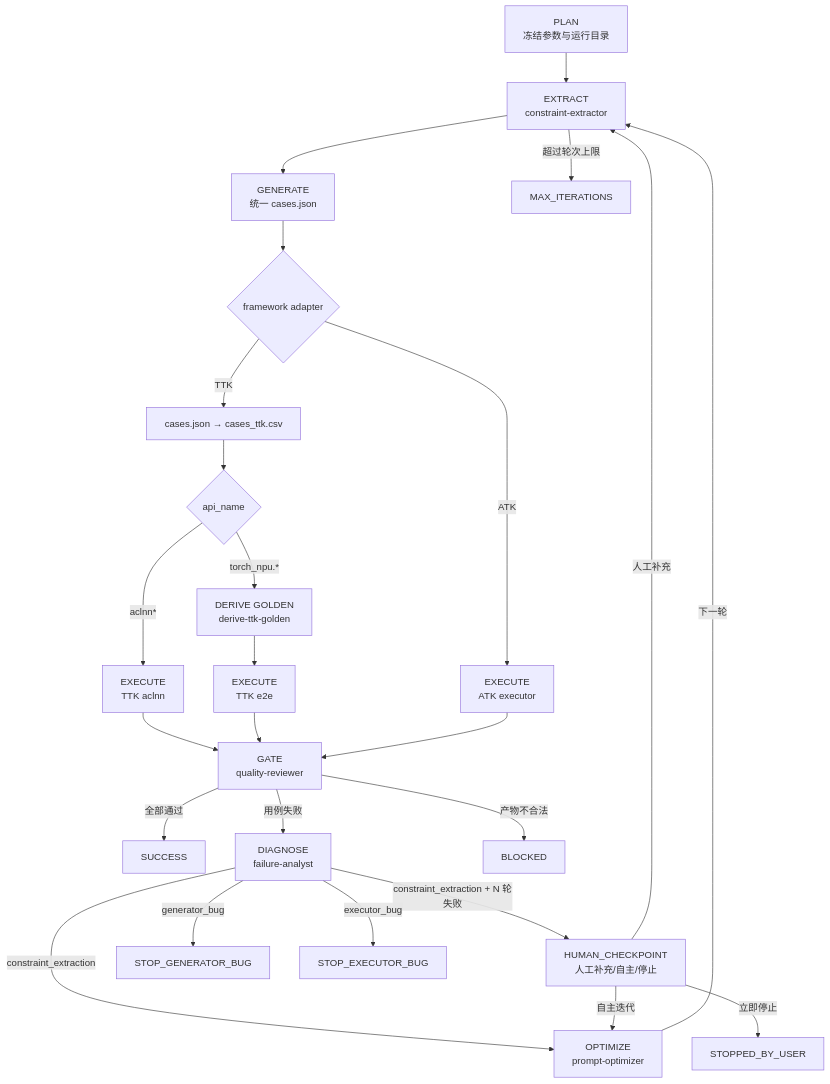
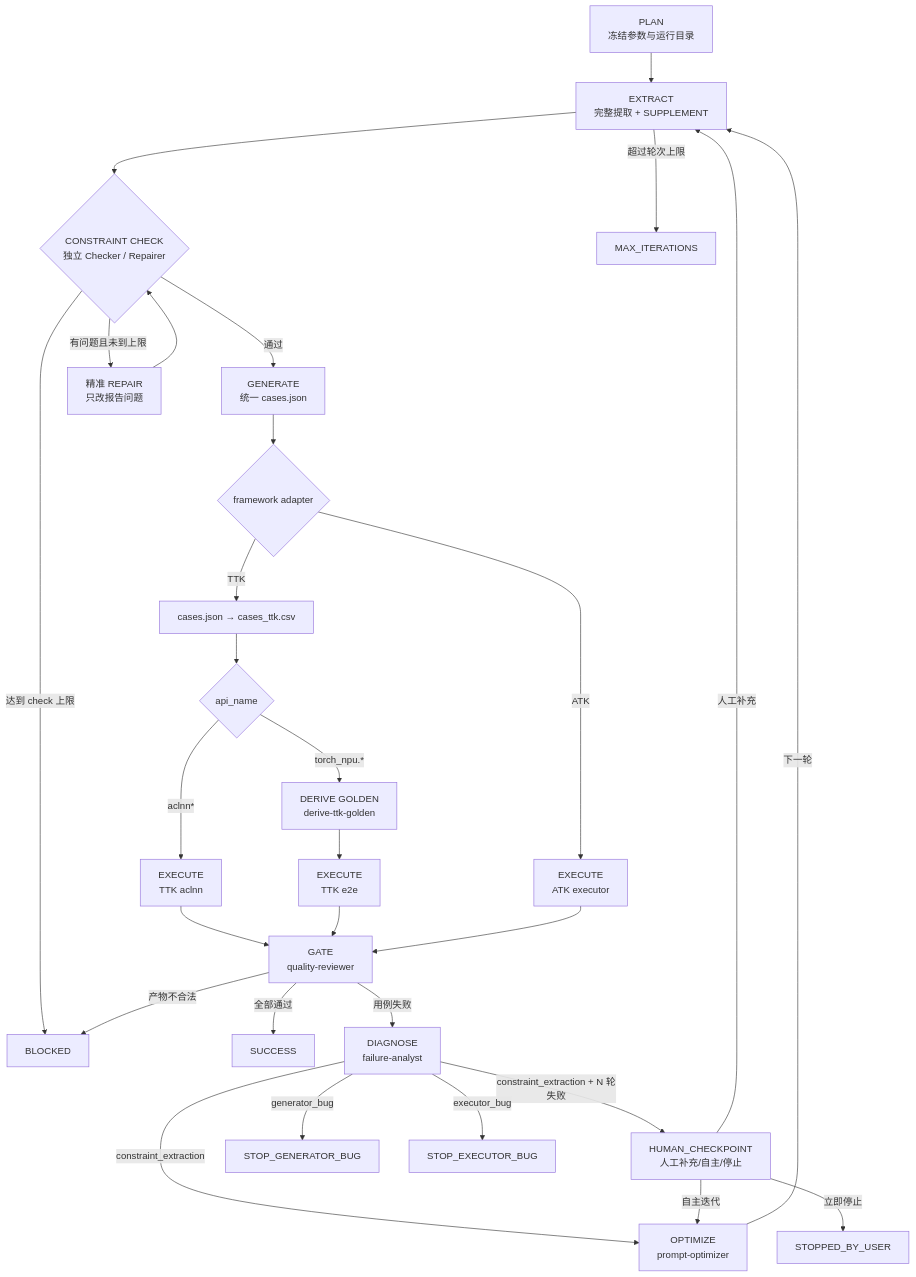
Before and after one commit to 564239493/operator-common-iterator-claude: the diagram in docs/WORKFLOW.md, drawn with Mermaid. The commit also changed other lines of this file and 17 other files, not shown here.

Commit message:
新增 constraints-check-repair 逻辑

````diff
--- a/docs/WORKFLOW.md
+++ b/docs/WORKFLOW.md
@@ -52,27 +53,31 @@
 ```mermaid
 flowchart TD
-    P["PLAN<br/>冻结参数与运行目录"] --> E["EXTRACT<br/>constraint-extractor"]
-    E --> G["GENERATE<br/>统一 cases.json"]
+    P["PLAN<br/>冻结参数与运行目录"] --> E["EXTRACT<br/>完整提取 + SUPPLEMENT"]
+    E --> CC{"CONSTRAINT CHECK<br/>独立 Checker / Repairer"}
+    CC -->|通过| G["GENERATE<br/>统一 cases.json"]
+    CC -->|有问题且未到上限| CR["精准 REPAIR<br/>只改报告问题"]
+    CR --> CC
+    CC -->|达到 check 上限| B
     G --> A{"framework adapter"}
     A -->|ATK| X["EXECUTE<br/>ATK executor"]
     A -->|TTK| C["cases.json → cases_ttk.csv"]
     C --> TM{"api_name"}
     TM -->|"aclnn*"| XA["EXECUTE<br/>TTK aclnn"]
     TM -->|"torch_npu.*"| R["DERIVE GOLDEN<br/>derive-ttk-golden"]
     R --> X2["EXECUTE<br/>TTK e2e"]
     XA --> Q
     X2 --> Q
     X --> Q["GATE<br/>quality-reviewer"]
     Q -->|全部通过| S["SUCCESS"]
     Q -->|用例失败| D["DIAGNOSE<br/>failure-analyst"]
     Q -->|产物不合法| B["BLOCKED"]
     D -->|constraint_extraction| O["OPTIMIZE<br/>prompt-optimizer"]
     O -->|下一轮| E
     D -->|constraint_extraction + N 轮失败| HC["HUMAN_CHECKPOINT<br/>人工补充/自主/停止"]
     HC -->|人工补充| E
     HC -->|自主迭代| O
     HC -->|立即停止| SU["STOPPED_BY_USER"]
     D -->|generator_bug| GB["STOP_GENERATOR_BUG"]
     D -->|executor_bug| EB["STOP_EXECUTOR_BUG"]
     E -->|超过轮次上限| M["MAX_ITERATIONS"]
 ```
````
